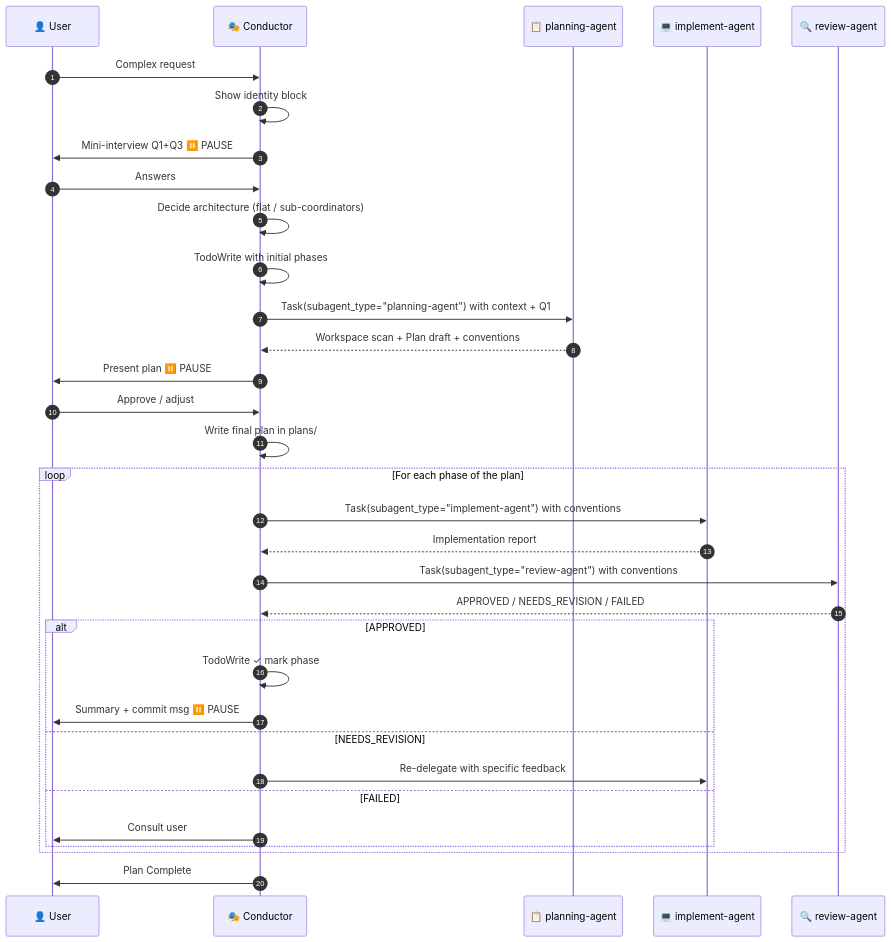
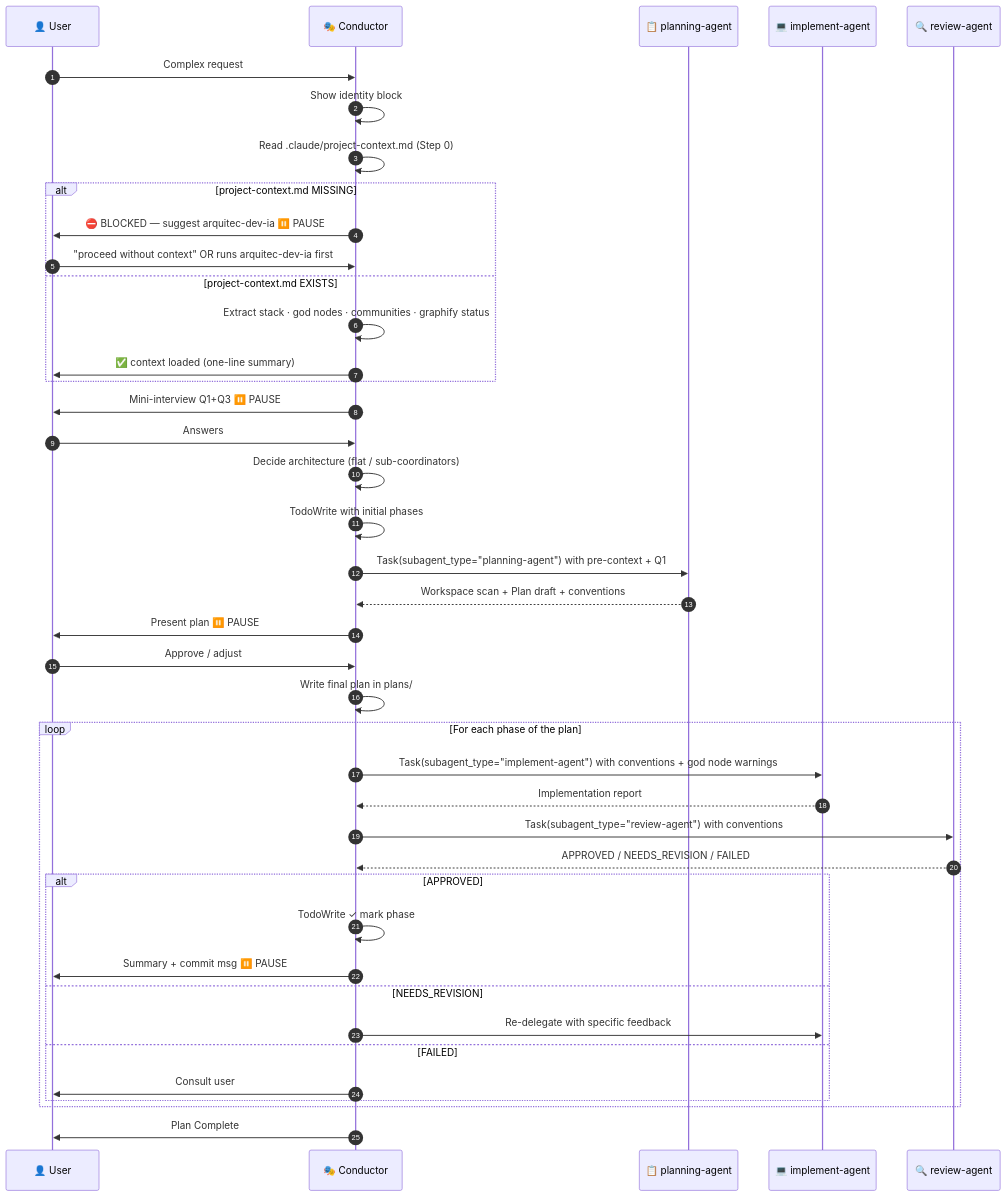
The diagram in skills/subagent-pool/SKILL.md (elisaul77/Orquestacion_Agentes_claude), drawn with Mermaid before and after one commit. The commit also changed other lines of this file and 3 other files, not shown here.

First line of the commit message:
feat(skills): upgrade to v5.0/v8.0 — project-context.md seal + graphify integration

````diff
--- a/skills/subagent-pool/SKILL.md
+++ b/skills/subagent-pool/SKILL.md
@@ -247,36 +342,44 @@
 ```mermaid
 sequenceDiagram
     autonumber
     participant U as 👤 User
     participant C as 🎭 Conductor
     participant P as 📋 planning-agent
     participant I as 💻 implement-agent
     participant R as 🔍 review-agent
 
     U->>C: Complex request
     C->>C: Show identity block
+    C->>C: Read .claude/project-context.md (Step 0)
+    alt project-context.md MISSING
+        C->>U: ⛔ BLOCKED — suggest arquitec-dev-ia ⏸️ PAUSE
+        U->>C: "proceed without context" OR runs arquitec-dev-ia first
+    else project-context.md EXISTS
+        C->>C: Extract stack · god nodes · communities · graphify status
+        C->>U: ✅ context loaded (one-line summary)
+    end
     C->>U: Mini-interview Q1+Q3 ⏸️ PAUSE
     U->>C: Answers
     C->>C: Decide architecture (flat / sub-coordinators)
     C->>C: TodoWrite with initial phases
-    C->>P: Task(subagent_type="planning-agent") with context + Q1
+    C->>P: Task(subagent_type="planning-agent") with pre-context + Q1
     P-->>C: Workspace scan + Plan draft + conventions
     C->>U: Present plan ⏸️ PAUSE
     U->>C: Approve / adjust
     C->>C: Write final plan in plans/
     loop For each phase of the plan
-        C->>I: Task(subagent_type="implement-agent") with conventions
+        C->>I: Task(subagent_type="implement-agent") with conventions + god node warnings
         I-->>C: Implementation report
         C->>R: Task(subagent_type="review-agent") with conventions
         R-->>C: APPROVED / NEEDS_REVISION / FAILED
         alt APPROVED
             C->>C: TodoWrite ✓ mark phase
             C->>U: Summary + commit msg ⏸️ PAUSE
         else NEEDS_REVISION
             C->>I: Re-delegate with specific feedback
         else FAILED
             C->>U: Consult user
         end
     end
     C->>U: Plan Complete
 ```
````
